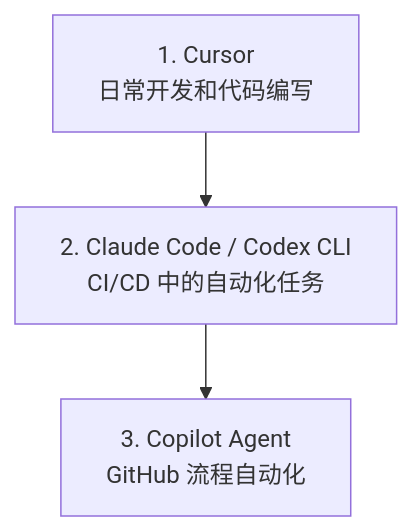
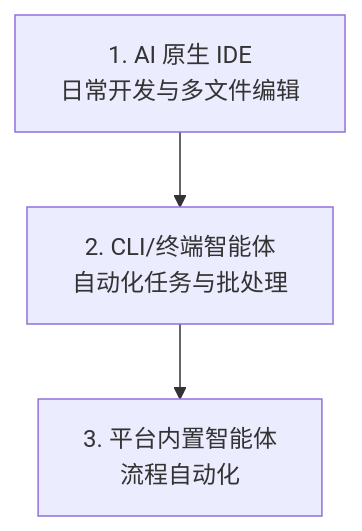
The second of 2 diagrams in 10_agentic_coding/10.3_tools.md (yeasy/agentic_ai_guide), drawn with Mermaid before and after one commit. The commit also changed other lines of this file and 88 other files, not shown here.

````diff
--- a/10_agentic_coding/10.3_tools.md
+++ b/10_agentic_coding/10.3_tools.md
@@ -527,5 +528,5 @@
 ```mermaid
 graph TD
-    Cursor[1. Cursor<br>日常开发和代码编写] --> Claude[2. Claude Code / Codex CLI<br>CI/CD 中的自动化任务]
-    Claude --> Copilot[3. Copilot Agent<br>GitHub 流程自动化]
+    IDE[1. AI 原生 IDE<br>日常开发与多文件编辑] --> CLI[2. CLI/终端智能体<br>自动化任务与批处理]
+    CLI --> Bot[3. 平台内置智能体<br>流程自动化]
 ```
````
